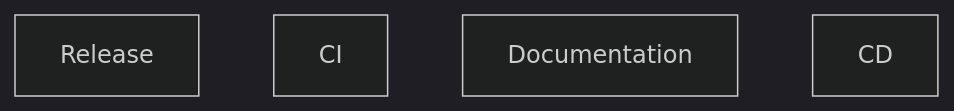
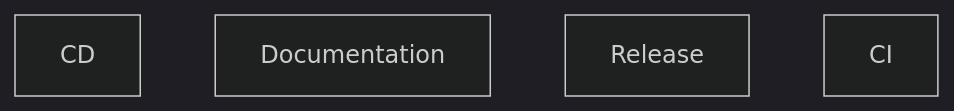
Before and after one commit to zepfu/llama-gguf-inference: the seventh of 8 diagrams in docs/auto/ARCHITECTURE_AUTO.md, drawn with Mermaid (dark theme). The commit also changed other lines of this file and 2 other files, not shown here.

Commit message:
docs: auto-update documentation [skip ci]

````diff
--- a/docs/auto/ARCHITECTURE_AUTO.md
+++ b/docs/auto/ARCHITECTURE_AUTO.md
@@ -208,7 +191,7 @@
 ```mermaid
 graph TD
+    cd[CD]
+    docs[Documentation]
     release[Release]
     ci[CI]
-    docs[Documentation]
-    cd[CD]
 ```
````
